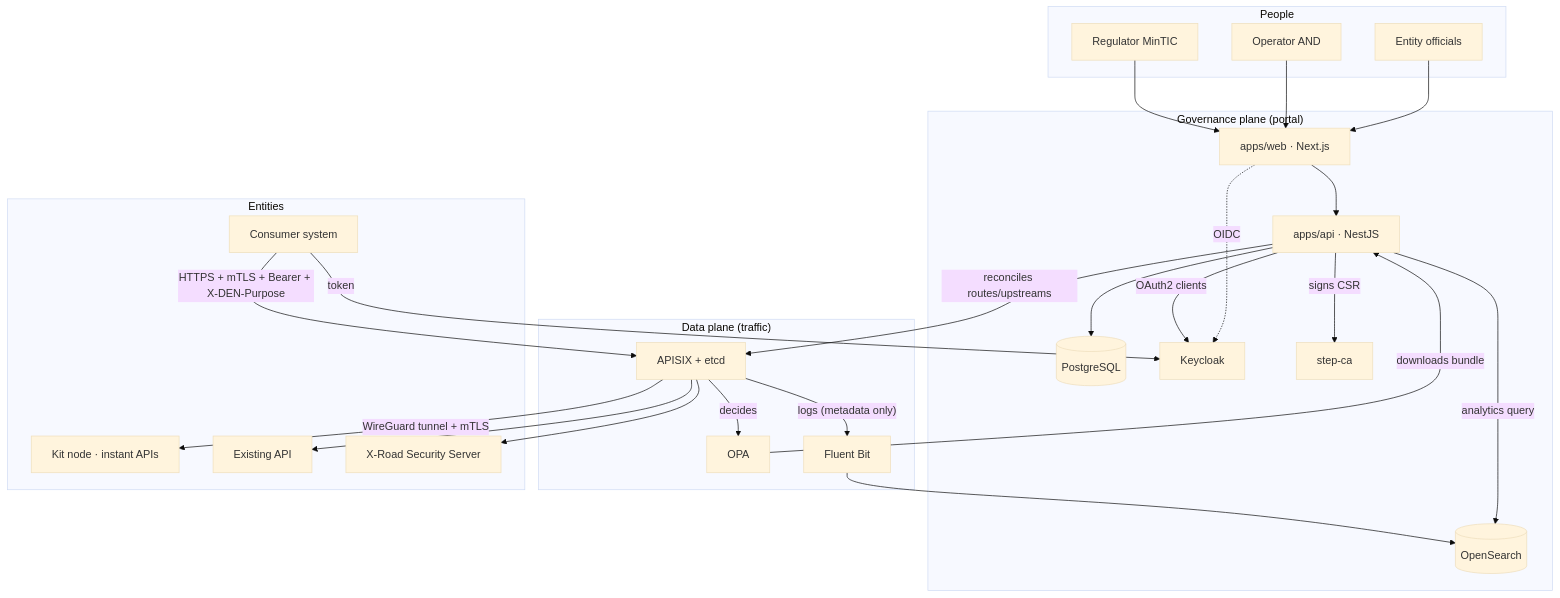
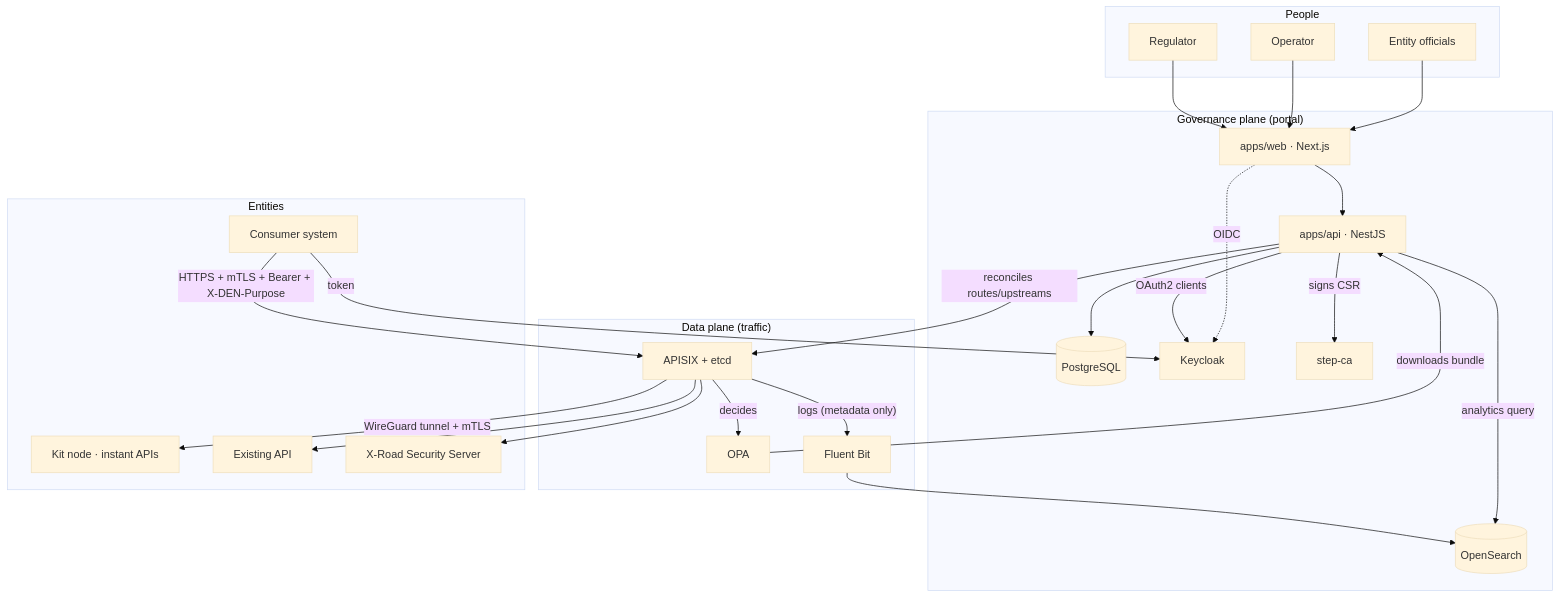
The first of 2 diagrams in docs/ARCHITECTURE.md (centre-for-dpi/data-exchange-admin-portal), drawn with Mermaid (base theme) before and after one commit. The commit also changed other lines of this file and 18 other files, not shown here.

First line of the commit message:
docs: generic operator and regulator roles, Colombia as an example

````diff
--- a/docs/ARCHITECTURE.md
+++ b/docs/ARCHITECTURE.md
@@ -9,41 +9,41 @@
 ```mermaid
 flowchart TB
   subgraph People
     U1[Entity officials]
-    U2[Operator AND]
-    U3[Regulator MinTIC]
+    U2[Operator]
+    U3[Regulator]
   end
   subgraph Governance_plane["Governance plane (portal)"]
     WEB[apps/web · Next.js]
     API[apps/api · NestJS]
     PG[(PostgreSQL)]
     KC[Keycloak]
     CA[step-ca]
     OS[(OpenSearch)]
   end
   subgraph Data_plane["Data plane (traffic)"]
     GW[APISIX + etcd]
     OPA[OPA]
     FB[Fluent Bit]
   end
   subgraph Entities
     C[Consumer system]
     N1[Kit node · instant APIs]
     D1[Existing API]
     XR[X-Road Security Server]
   end
   U1 & U2 & U3 --> WEB --> API --> PG
   WEB -. OIDC .-> KC
   API -- reconciles routes/upstreams --> GW
   API -- OAuth2 clients --> KC
   API -- signs CSR --> CA
   OPA -- downloads bundle --> API
   API -- analytics query --> OS
   C -- token --> KC
   C -- "HTTPS + mTLS + Bearer + X-DEN-Purpose" --> GW
   GW -- decides --> OPA
   GW -- WireGuard tunnel + mTLS --> N1
   GW --> D1
   GW --> XR
   GW -- logs (metadata only) --> FB --> OS
 ```
````
